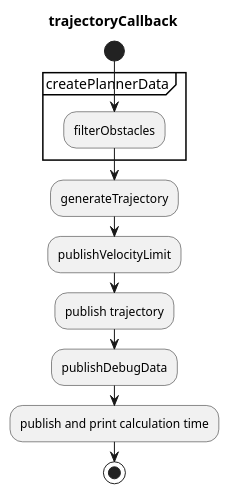
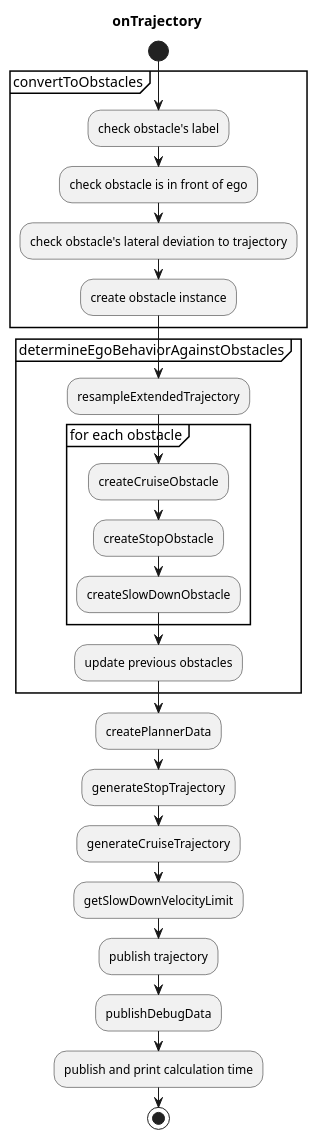
One commit to autowarefoundation/autoware changed the diagram in planning/obstacle_cruise_planner/README.md. Above: the diagram before and after it, drawn with PlantUML. The commit also changed other lines of this file and 19 other files, not shown here.

First line of the commit message:
refactor(obstacle_cruise_planner): clean up a part of the code (#3006)

````diff
--- a/planning/obstacle_cruise_planner/README.md
+++ b/planning/obstacle_cruise_planner/README.md
@@ -219,22 +218,39 @@
 ```plantuml
 @startuml
-title trajectoryCallback
+title onTrajectory
 start
 
-group createPlannerData
-  :filterObstacles;
+group convertToObstacles
+  :check obstacle's label;
+  :check obstacle is in front of ego;
+  :check obstacle's lateral deviation to trajectory;
+  :create obstacle instance;
 end group
 
-:generateTrajectory;
+group determineEgoBehaviorAgainstObstacles
+  :resampleExtendedTrajectory;
+  group for each obstacle
+    :createCruiseObstacle;
+    :createStopObstacle;
+    :createSlowDownObstacle;
+  end group
+  :update previous obstacles;
+end group
 
-:publishVelocityLimit;
+:createPlannerData;
+
+:generateStopTrajectory;
+
+:generateCruiseTrajectory;
+
+:getSlowDownVelocityLimit;
 
 :publish trajectory;
 
 :publishDebugData;
 
 :publish and print calculation time;
 
 stop
 @enduml
 ```
````
